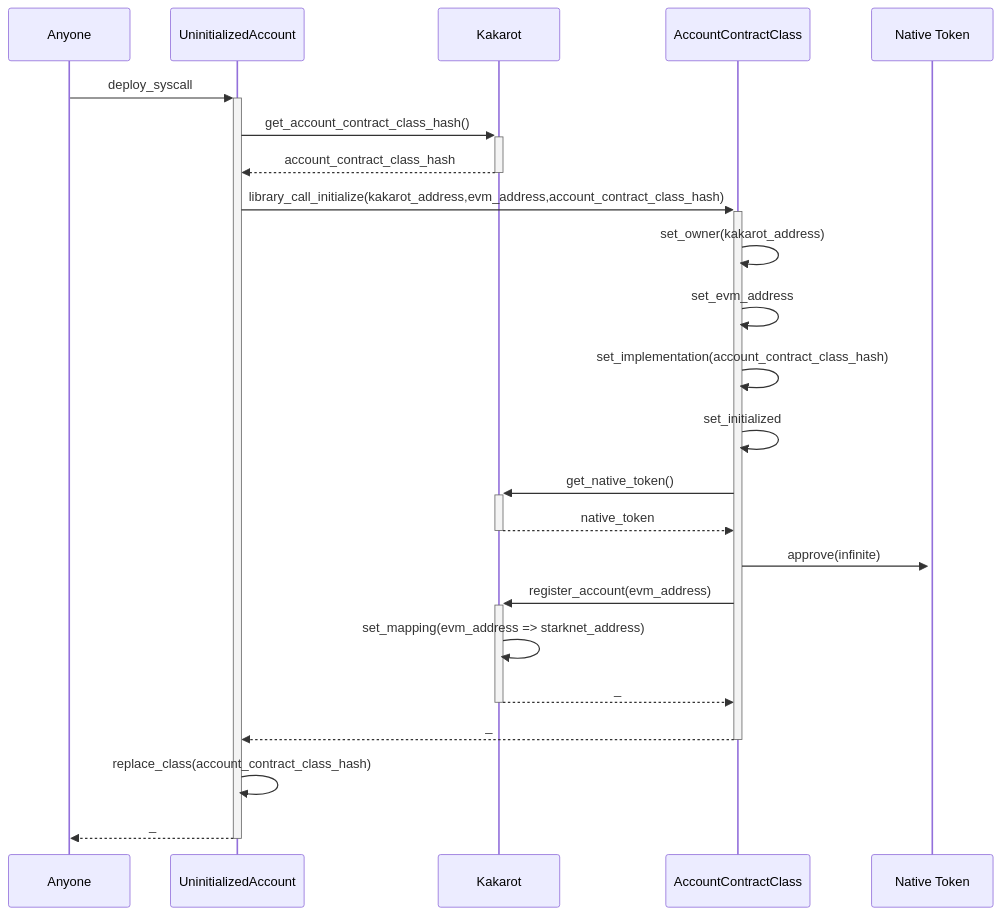
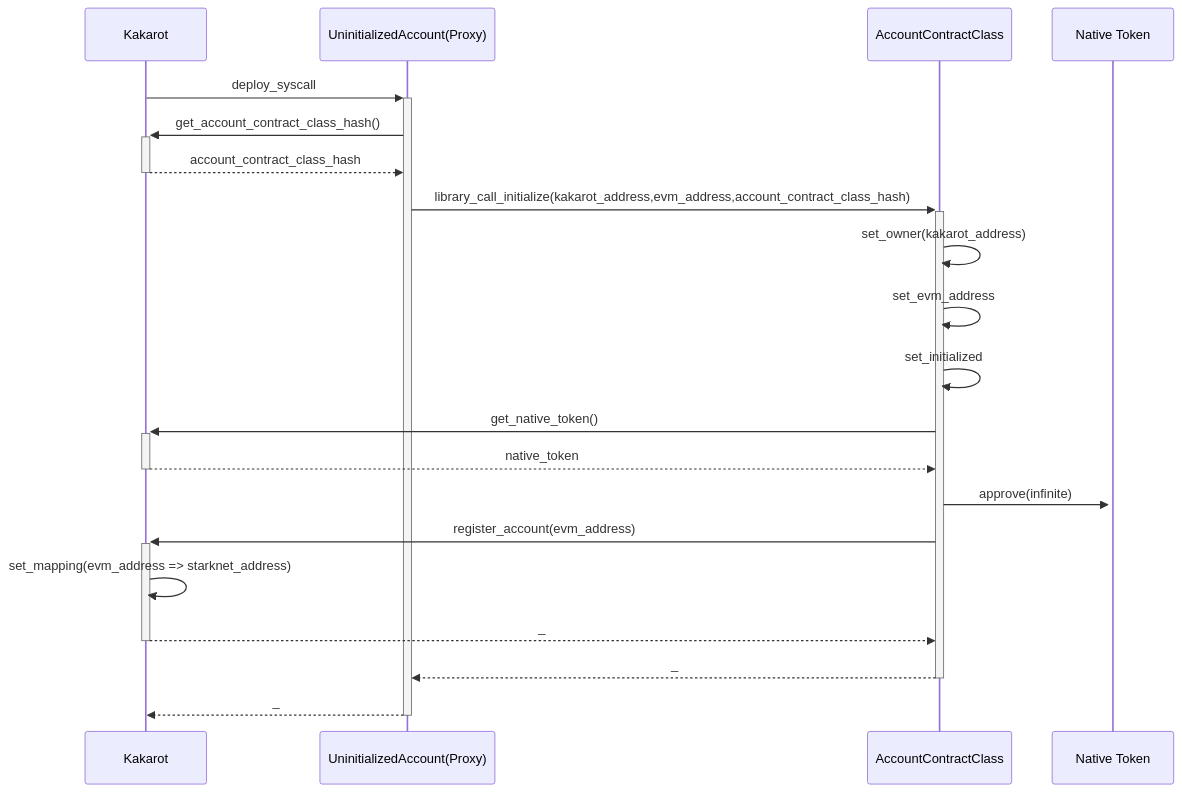
One commit to kkrt-labs/kakarot changed the first of 2 diagrams in docs/general/accounts.md. Above: the diagram before and after it, drawn with Mermaid. The commit also changed other lines of this file and 1 other file, not shown here.

````diff
--- a/docs/general/accounts.md
+++ b/docs/general/accounts.md
@@ -102,20 +68,18 @@
 ```mermaid
 sequenceDiagram
-    Anyone ->>+ UninitializedAccount: deploy_syscall
-    UninitializedAccount ->>+ Kakarot: get_account_contract_class_hash()
-    Kakarot -->>- UninitializedAccount: account_contract_class_hash
-    UninitializedAccount->>+AccountContractClass: library_call_initialize(kakarot_address,evm_address,account_contract_class_hash)
+    Kakarot ->>+ UninitializedAccount(Proxy): deploy_syscall
+    UninitializedAccount(Proxy) ->>+ Kakarot: get_account_contract_class_hash()
+    Kakarot -->>- UninitializedAccount(Proxy): account_contract_class_hash
+    UninitializedAccount(Proxy)->>+AccountContractClass: library_call_initialize(kakarot_address,evm_address,account_contract_class_hash)
     AccountContractClass ->> AccountContractClass: set_owner(kakarot_address)
     AccountContractClass ->> AccountContractClass: set_evm_address
-    AccountContractClass ->> AccountContractClass: set_implementation(account_contract_class_hash)
     AccountContractClass ->> AccountContractClass: set_initialized
     AccountContractClass ->>+ Kakarot: get_native_token()
     Kakarot -->>- AccountContractClass: native_token
     AccountContractClass ->>+ Native Token: approve(infinite)
     AccountContractClass ->>+ Kakarot: register_account(evm_address)
     Kakarot ->> Kakarot: set_mapping(evm_address => starknet_address)
     Kakarot -->>- AccountContractClass : _
-    AccountContractClass -->>- UninitializedAccount: _
-    UninitializedAccount ->> UninitializedAccount: replace_class(account_contract_class_hash)
-    UninitializedAccount -->>- Anyone: _
+    AccountContractClass -->>- UninitializedAccount(Proxy): _
+    UninitializedAccount(Proxy) -->>- Kakarot: _
 ```
````
